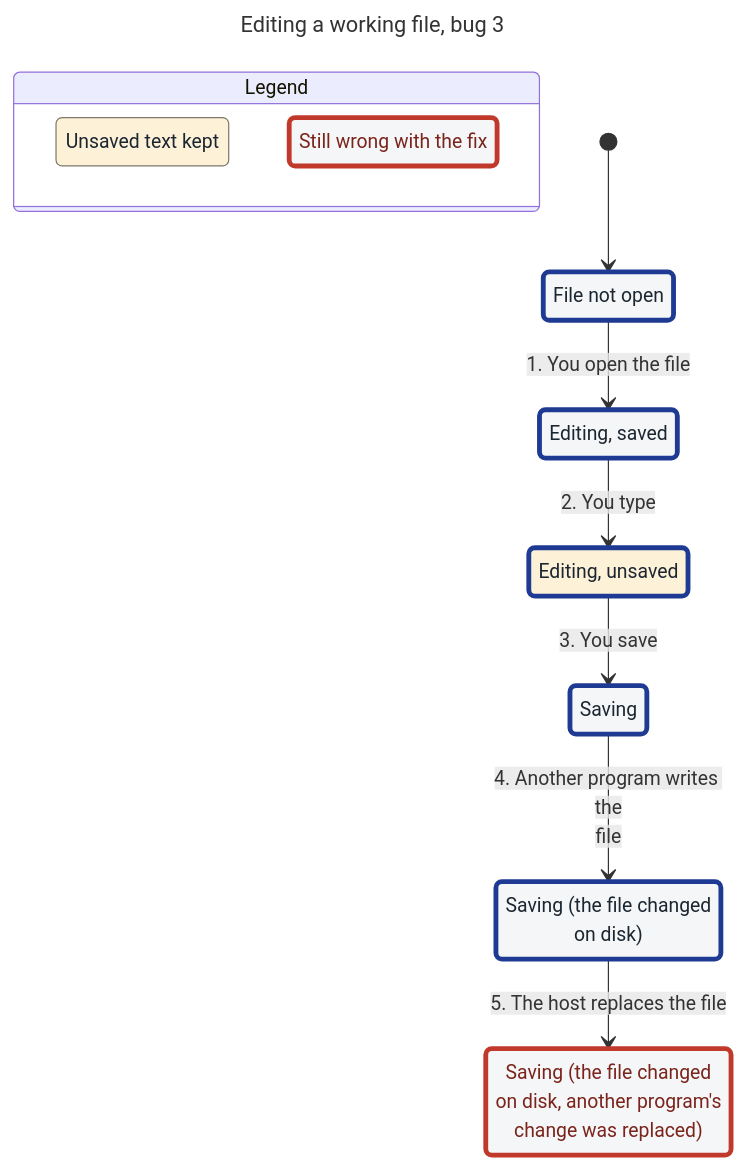
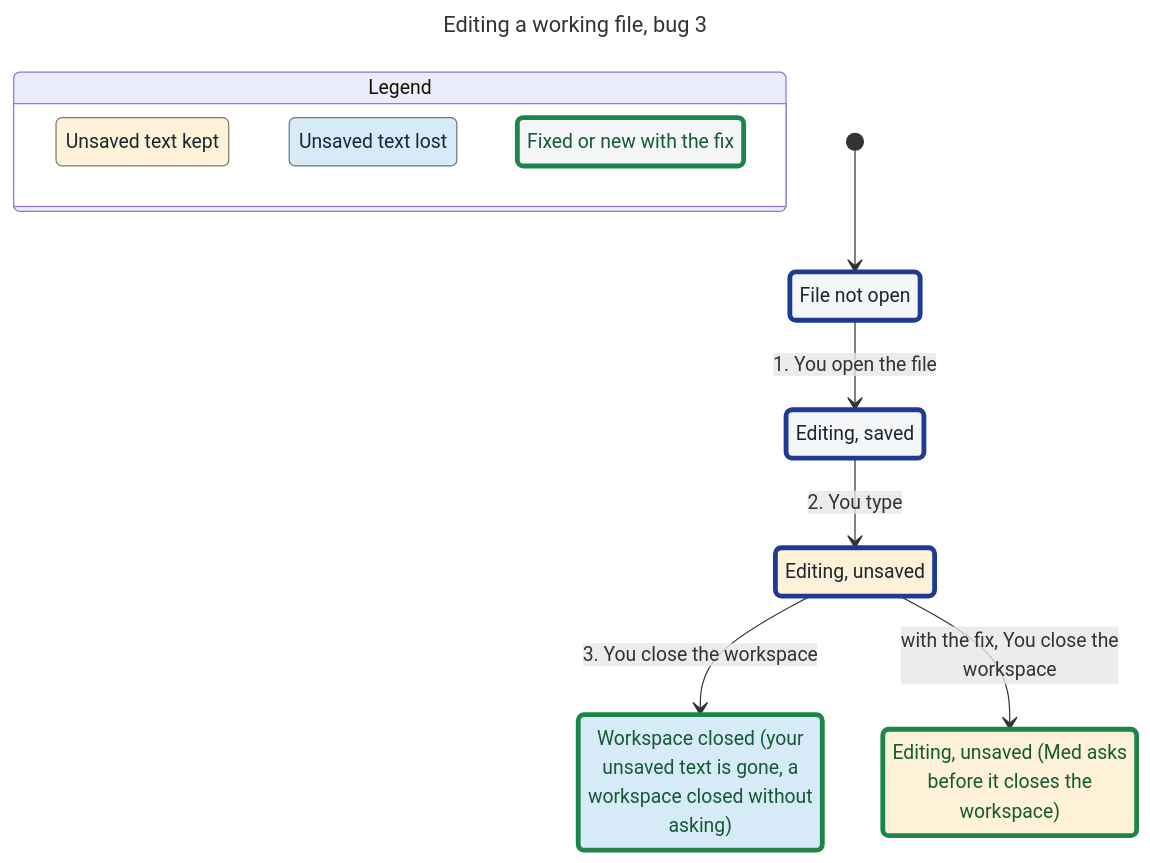
Before and after one commit to zsh-eng/workbench: the diagram in apps/med/docs/statecharts/EditorDrafts-statechart/bug-3.mmd, drawn with Mermaid. The commit also changed 36 other files, not shown here.

Commit message:
Model the question before a close, kept drafts, the Commit all index copy and the content check; redraw the charts

```diff
--- a/apps/med/docs/statecharts/EditorDrafts-statechart/bug-3.mmd
+++ b/apps/med/docs/statecharts/EditorDrafts-statechart/bug-3.mmd
@@ -1,37 +1,39 @@
 ---
 title: "Editing a working file, bug 3"
 config:
   markdownAutoWrap: false
   state:
     useMaxWidth: false
 ---
 stateDiagram-v2
   %% second model (fix): the fix
-  classDef plainWrong fill:#f4f6f7,stroke:#c0392b,stroke-width:4px,color:#7b241c
+  classDef plainFixed fill:#f4f6f7,stroke:#1e8449,stroke-width:4px,color:#145a32
   classDef plainPath fill:#f4f6f7,stroke:#1f3a93,stroke-width:4px,color:#1b2631
   classDef group1 fill:#fdf1d8,stroke:#7f796c,color:#1b2631
+  classDef group1Fixed fill:#fdf1d8,stroke:#1e8449,stroke-width:4px,color:#145a32
   classDef group1Path fill:#fdf1d8,stroke:#1f3a93,stroke-width:4px,color:#1b2631
+  classDef group2 fill:#d6eaf8,stroke:#6b757c,color:#1b2631
+  classDef group2Fixed fill:#d6eaf8,stroke:#1e8449,stroke-width:4px,color:#145a32
   state "Legend" as legend {
     state "Unsaved text kept" as legendGroup1
-    state "Still wrong with the fix" as legendWrong
+    state "Unsaved text lost" as legendGroup2
+    state "Fixed or new with the fix" as legendFixed
   }
   class legendGroup1 group1
-  class legendWrong plainWrong
+  class legendGroup2 group2
+  class legendFixed plainFixed
   state "Editing, saved" as s0
   state "Editing, unsaved" as s1
-  state "File not open" as s2
-  state "Saving" as s3
-  state "Saving (the file changed<br/>on disk)" as s4
-  state "Saving (the file changed<br/>on disk, another program's<br/>change was replaced)" as s5
-  [*] --> s2
-  s2 --> s0 : 1. You open the file
+  state "Editing, unsaved (Med asks<br/>before it closes the<br/>workspace)" as s2
+  state "File not open" as s3
+  state "Workspace closed (your<br/>unsaved text is gone, a<br/>workspace closed without<br/>asking)" as s4
+  [*] --> s3
+  s3 --> s0 : 1. You open the file
   s0 --> s1 : 2. You type
-  s1 --> s3 : 3. You save
-  s3 --> s4 : 4. Another program writes the<br/>file
-  s4 --> s5 : 5. The host replaces the file
+  s1 --> s4 : 3. You close the workspace
+  s1 --> s2 : with the fix, You close the<br/>workspace
   class s0 plainPath
   class s1 group1Path
-  class s2 plainPath
+  class s2 group1Fixed
   class s3 plainPath
-  class s4 plainPath
-  class s5 plainWrong
+  class s4 group2Fixed
```
